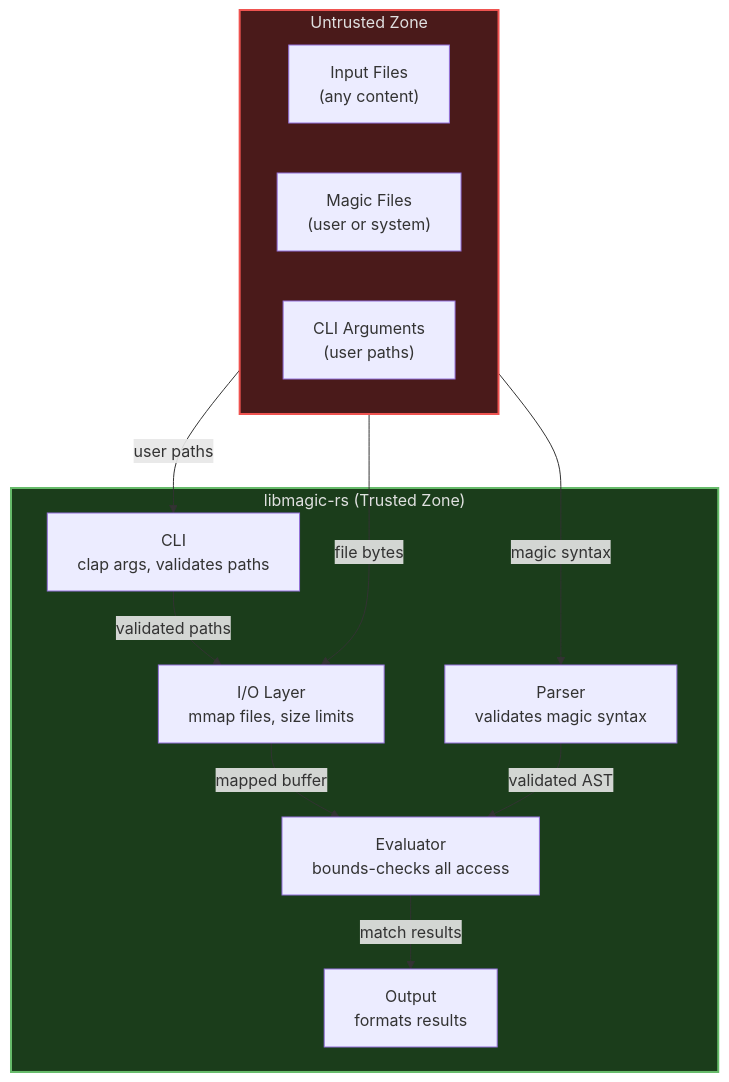
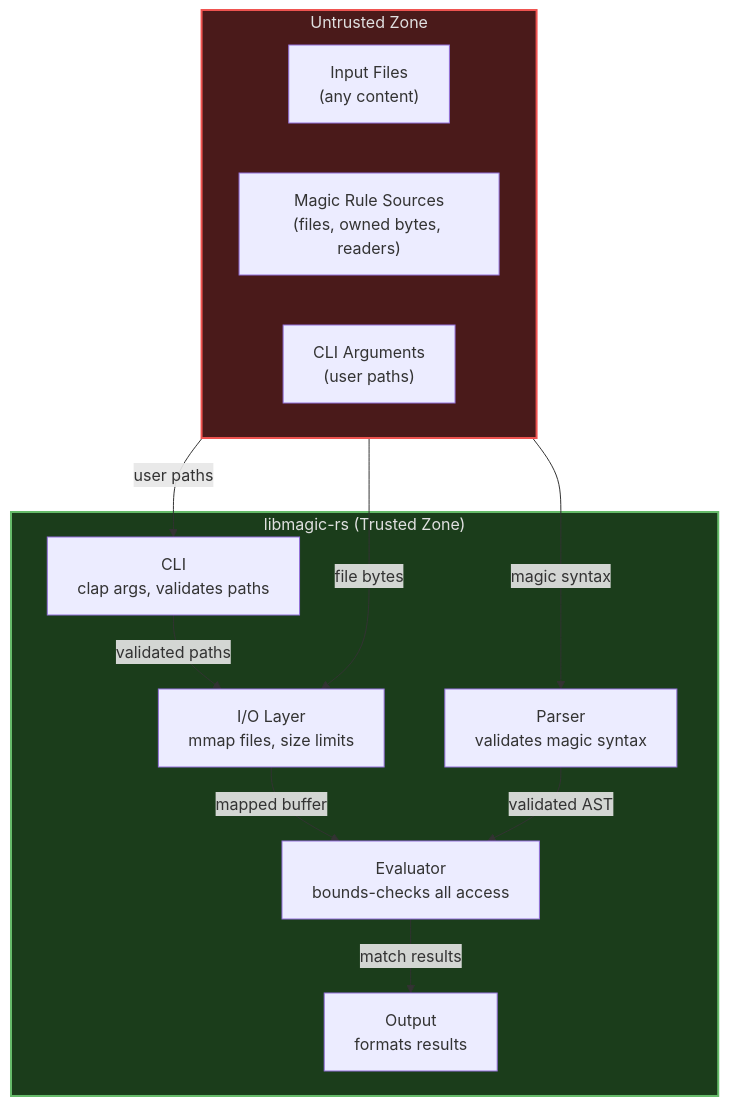
One commit to EvilBit-Labs/libmagic-rs changed the diagram in docs/src/security-assurance.md. Above: the diagram before and after it, drawn with Mermaid. The commit also changed other lines of this file and 8 other files, not shown here.

First line of the commit message:
feat(database): load text magic from readers and owned bytes (#439)

````diff
--- a/docs/src/security-assurance.md
+++ b/docs/src/security-assurance.md
@@ -47,28 +48,28 @@
 ```mermaid
 flowchart TD
     subgraph Untrusted["Untrusted Zone"]
         direction LR
         IF["Input Files<br/>(any content)"]
-        MF["Magic Files<br/>(user or system)"]
+        MF["Magic Rule Sources<br/>(files, owned bytes, readers)"]
         CA["CLI Arguments<br/>(user paths)"]
     end
 
     subgraph libmagic-rs["libmagic-rs (Trusted Zone)"]
         IO["I/O Layer<br/>mmap files, size limits"]
         CLI["CLI<br/>clap args, validates paths"]
         P["Parser<br/>validates magic syntax"]
         E["Evaluator<br/>bounds-checks all access"]
         O["Output<br/>formats results"]
     end
 
     IF -- "file bytes" --> IO
     MF -- "magic syntax" --> P
     CA -- "user paths" --> CLI
     IO -- "mapped buffer" --> E
     CLI -- "validated paths" --> IO
     P -- "validated AST" --> E
     E -- "match results" --> O
 
     style Untrusted fill:#4a1a1a,stroke:#ef5350,color:#e0e0e0,stroke-width:2px
     style libmagic-rs fill:#1b3d1b,stroke:#66bb6a,color:#e0e0e0,stroke-width:2px
 ```
````
